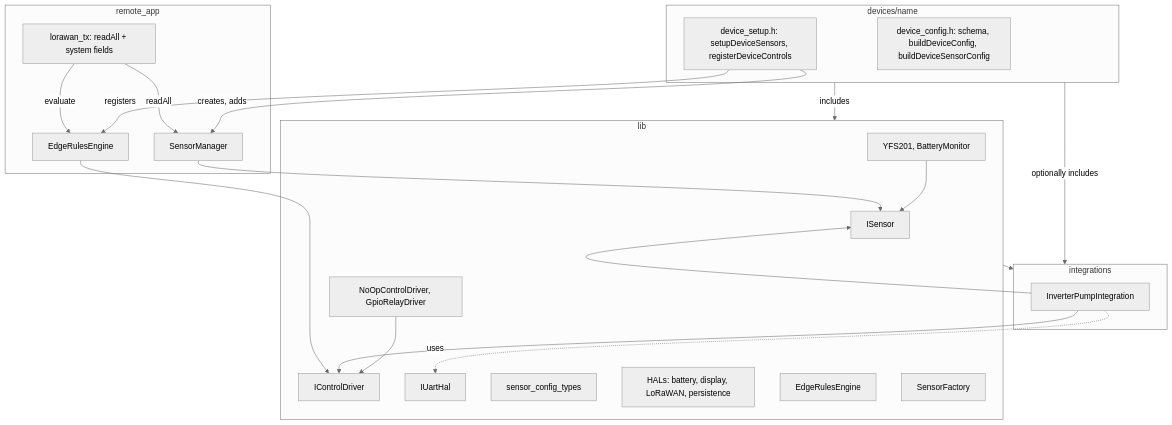
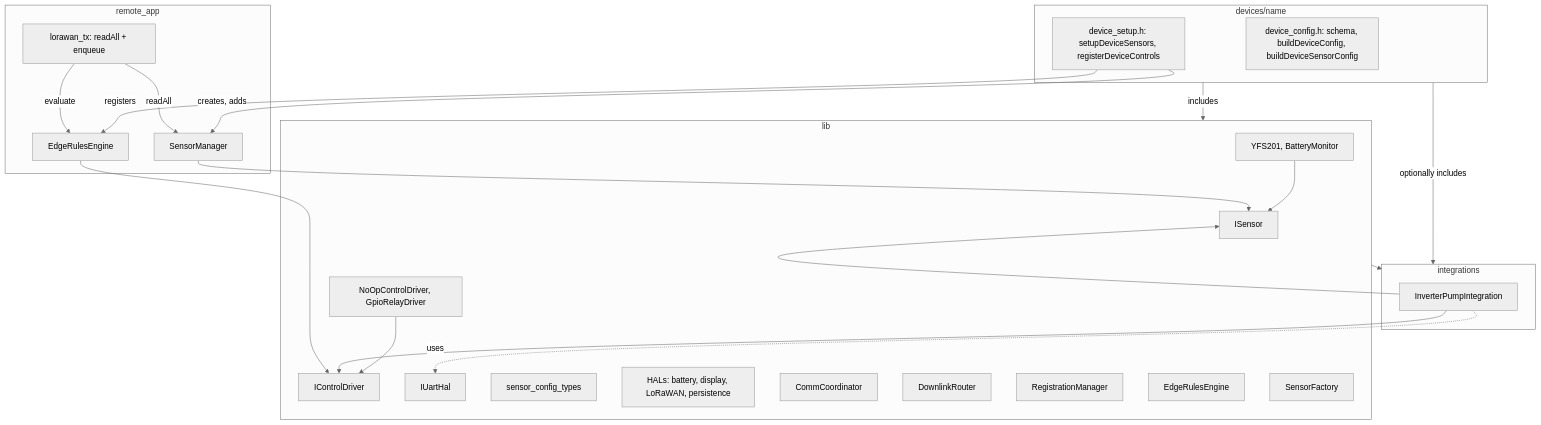
Before and after one commit to kisinga/farmon: the first of 2 diagrams in docs/FIRMWARE_ARCHITECTURE.md, drawn with Mermaid (neutral theme). The commit also changed other lines of this file and 38 other files, not shown here.

````diff
--- a/docs/FIRMWARE_ARCHITECTURE.md
+++ b/docs/FIRMWARE_ARCHITECTURE.md
@@ -7,46 +7,49 @@
 ```mermaid
 flowchart TB
   subgraph lib [lib]
     ISensor[ISensor]
     IControlDriver[IControlDriver]
     IUartHal[IUartHal]
     SensorConfig[sensor_config_types]
     HALs[HALs: battery, display, LoRaWAN, persistence]
+    CommCoordinator[CommCoordinator]
+    DownlinkRouter[DownlinkRouter]
+    RegistrationManager[RegistrationManager]
     BaseSensors[YFS201, BatteryMonitor]
     BaseDrivers[NoOpControlDriver, GpioRelayDriver]
     EdgeRules[EdgeRulesEngine]
     SensorFactory[SensorFactory]
   end
 
   subgraph integrations [integrations]
     InverterPump[InverterPumpIntegration]
   end
 
   subgraph device [devices/name]
     DeviceConfig[device_config.h: schema, buildDeviceConfig, buildDeviceSensorConfig]
     DeviceSetup[device_setup.h: setupDeviceSensors, registerDeviceControls]
   end
 
   subgraph app [remote_app]
     SensorManager[SensorManager]
     RulesEngine[EdgeRulesEngine]
-    TxTask[lorawan_tx: readAll + system fields]
+    TxTask[lorawan_tx: readAll + enqueue]
   end
 
   lib --> integrations
   BaseSensors --> ISensor
   BaseDrivers --> IControlDriver
   InverterPump --> ISensor
   InverterPump --> IControlDriver
   InverterPump -.->|uses| IUartHal
 
   device -->|"includes"| lib
   device -->|"optionally includes"| integrations
   DeviceSetup -->|"creates, adds"| SensorManager
   DeviceSetup -->|"registers"| RulesEngine
   SensorManager --> ISensor
   RulesEngine --> IControlDriver
 
   TxTask -->|"readAll"| SensorManager
   TxTask -->|"evaluate"| RulesEngine
 ```
````
